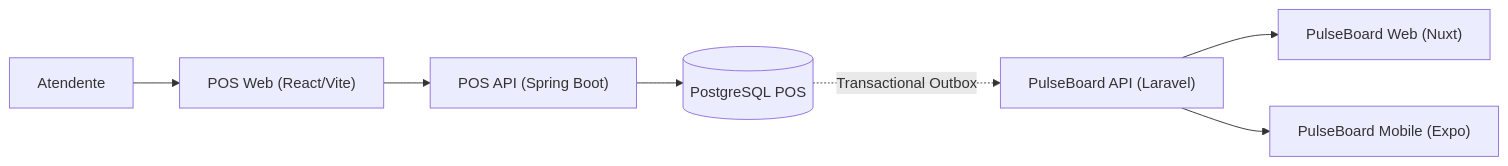
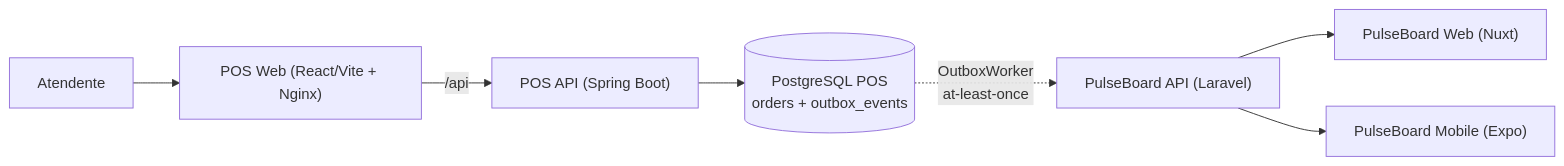
Before and after one commit to Henriqueverri/pulseboard-pos: the diagram in README.md, drawn with Mermaid. The commit also changed other lines of this file and 19 other files, not shown here.

````diff
--- a/README.md
+++ b/README.md
@@ -9,9 +63,9 @@
 ```mermaid
 flowchart LR
-  Cashier[Atendente] --> PosWeb["POS Web (React/Vite)"]
-  PosWeb --> PosApi["POS API (Spring Boot)"]
-  PosApi --> PosDb[("PostgreSQL POS")]
-  PosDb -.->|"Transactional Outbox"| PbApi["PulseBoard API (Laravel)"]
+  Cashier[Atendente] --> PosWeb["POS Web (React/Vite + Nginx)"]
+  PosWeb -->|/api| PosApi["POS API (Spring Boot)"]
+  PosApi --> PosDb[("PostgreSQL POS<br/>orders + outbox_events")]
+  PosDb -.->|"OutboxWorker<br/>at-least-once"| PbApi["PulseBoard API (Laravel)"]
   PbApi --> PbWeb["PulseBoard Web (Nuxt)"]
   PbApi --> Mobile["PulseBoard Mobile (Expo)"]
 ```
````
